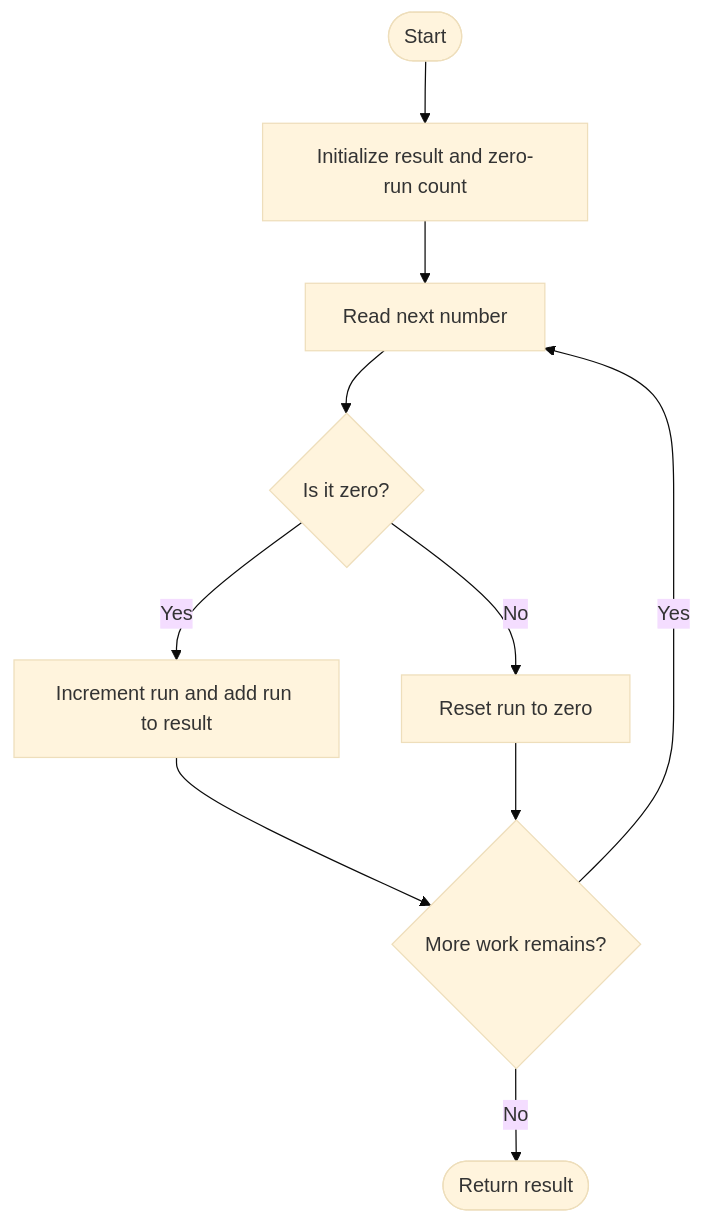
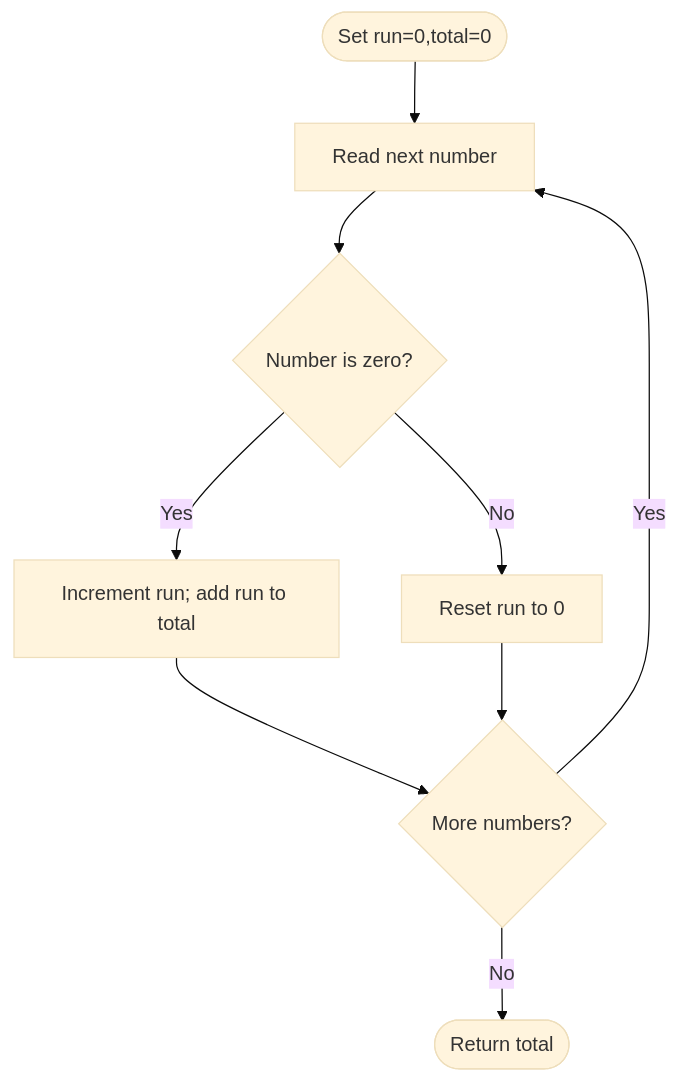
Before and after one commit to SAIDEEPBHANGE/C-CPP-Codes: the diagram in LeetCode/2348/README.md, drawn with Mermaid (base theme). The commit also changed other lines of this file and 196 other files, not shown here.

````diff
--- a/LeetCode/2348/README.md
+++ b/LeetCode/2348/README.md
@@ -13,12 +32,11 @@
 ```mermaid
 flowchart TD
- A([Start]) --> B[Initialize result and zero-run count]
- B --> C[Read next number]
- C --> D{Is it zero?}
- D -- Yes --> E[Increment run and add run to result]
- D -- No --> F[Reset run to zero]
- E --> G{More work remains?}
- F --> G
- G -- Yes --> C
- G -- No --> H([Return result])
+    A([Set run=0,total=0]) --> B[Read next number]
+    B --> C{Number is zero?}
+    C -- Yes --> D[Increment run; add run to total]
+    C -- No --> E[Reset run to 0]
+    D --> F{More numbers?}
+    E --> F
+    F -- Yes --> B
+    F -- No --> Z([Return total])
 ```
````
